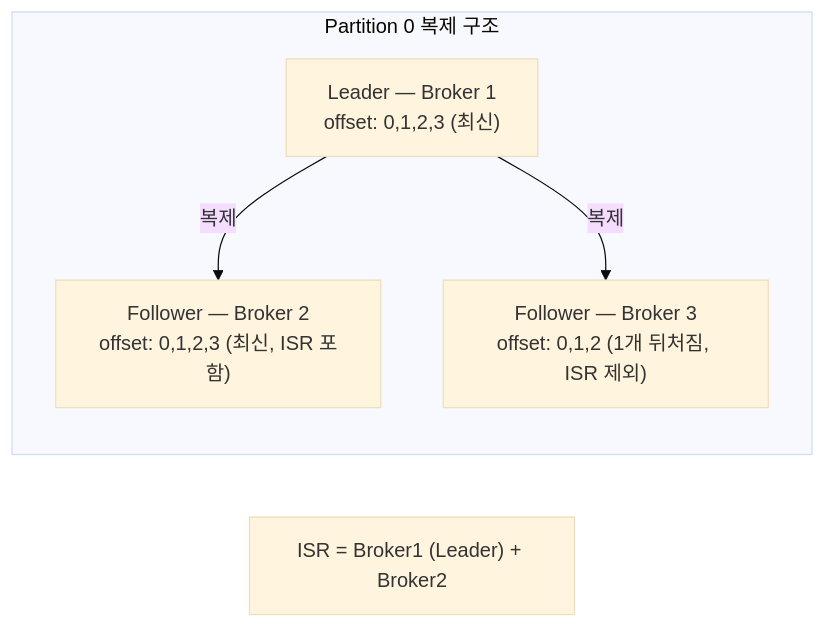
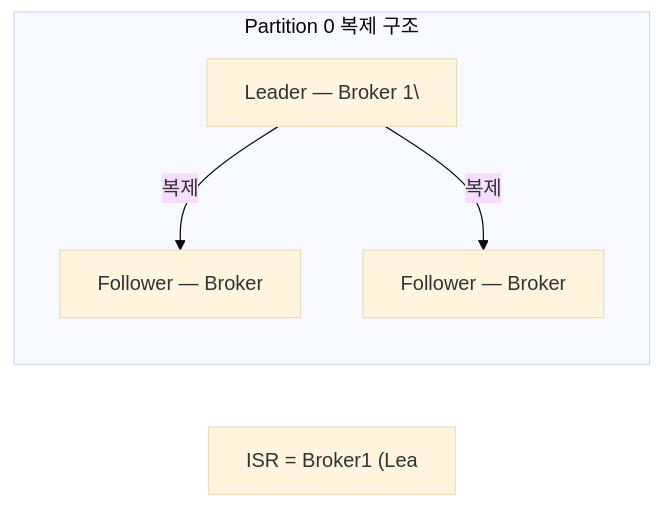
One commit to yjkim2015/yjkim2015.github.io changed diagram 12 of 17 in _posts/kafka/2026-05-01-kafka-fundamentals.md. Above: the diagram before and after it, drawn with Mermaid (base theme). The commit also changed other lines of this file and 271 other files, not shown here.

First line of the commit message:
Mermaid 라벨 축소: 긴 노드 텍스트 18자 이하로 트림 + \n 제거

````diff
--- a/_posts/kafka/2026-05-01-kafka-fundamentals.md
+++ b/_posts/kafka/2026-05-01-kafka-fundamentals.md
@@ -453,11 +453,11 @@
 ```mermaid
 graph LR
     subgraph partition["Partition 0 복제 구조"]
-        L["Leader — Broker 1\noffset: 0,1,2,3 (최신)"]
-        F1["Follower — Broker 2\noffset: 0,1,2,3 (최신, ISR 포함)"]
-        F2["Follower — Broker 3\noffset: 0,1,2 (1개 뒤처짐, ISR 제외)"]
+        L["Leader — Broker 1\"]
+        F1["Follower — Broker"]
+        F2["Follower — Broker"]
         L -->|복제| F1
         L -->|복제| F2
     end
-    ISR["ISR = Broker1 (Leader) + Broker2"]
+    ISR["ISR = Broker1 (Lea"]
 ```
````
